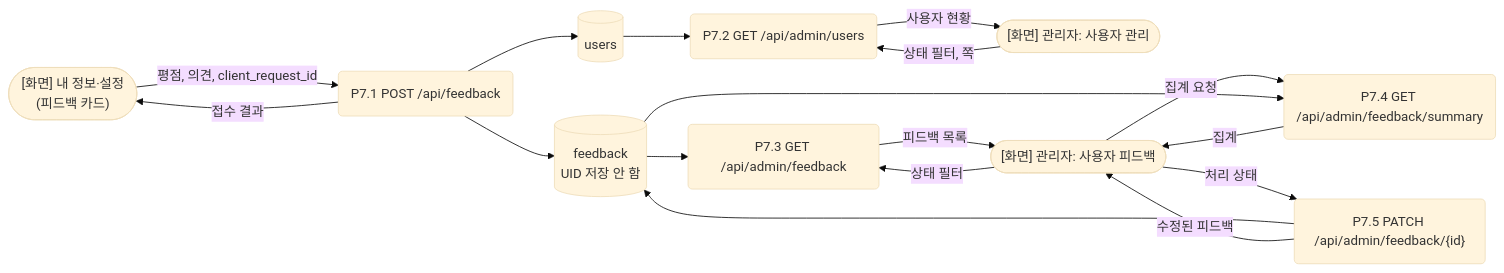
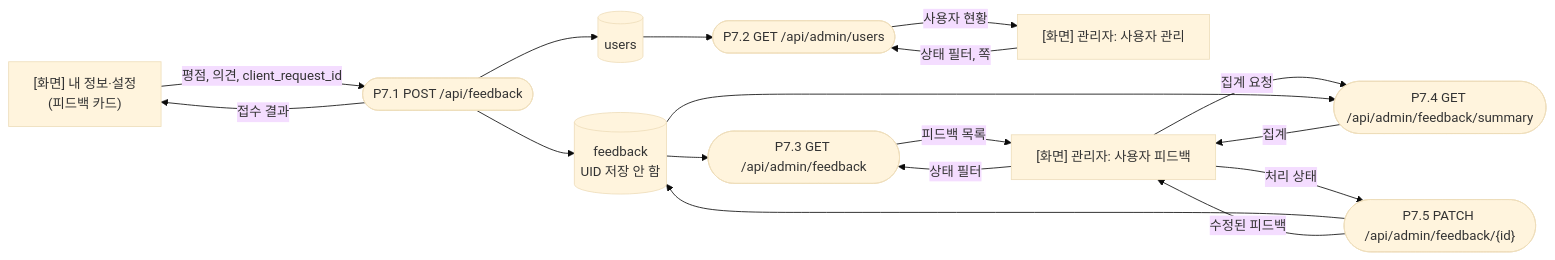
Before and after one commit to yong05610/ai-n-fprj: the tenth of 12 diagrams in docs/architecture_dfd.md, drawn with Mermaid (base theme). The commit also changed other lines of this file, not shown here.

````diff
--- a/docs/architecture_dfd.md
+++ b/docs/architecture_dfd.md
@@ -401,30 +401,30 @@
 ```mermaid
 flowchart LR
-    S1(["[화면] 내 정보·설정<br/>(피드백 카드)"])
-    S2(["[화면] 관리자: 사용자 관리"])
-    S3(["[화면] 관리자: 사용자 피드백"])
-    P71("P7.1 POST /api/feedback")
-    P72("P7.2 GET /api/admin/users")
-    P73("P7.3 GET /api/admin/feedback")
-    P74("P7.4 GET /api/admin/feedback/summary")
-    P75("P7.5 PATCH /api/admin/feedback/{id}")
+    S1["[화면] 내 정보·설정<br/>(피드백 카드)"]
+    S2["[화면] 관리자: 사용자 관리"]
+    S3["[화면] 관리자: 사용자 피드백"]
+    P71(["P7.1 POST /api/feedback"])
+    P72(["P7.2 GET /api/admin/users"])
+    P73(["P7.3 GET /api/admin/feedback"])
+    P74(["P7.4 GET /api/admin/feedback/summary"])
+    P75(["P7.5 PATCH /api/admin/feedback/{id}"])
     DF[("feedback<br/>UID 저장 안 함")]
     DU[("users")]
 
     S1 -->|"평점, 의견, client_request_id"| P71
     P71 --> DF
     P71 --> DU
     P71 -->|"접수 결과"| S1
     S2 -->|"상태 필터, 쪽"| P72
     DU --> P72
     P72 -->|"사용자 현황"| S2
     S3 -->|"상태 필터"| P73
     DF --> P73
     P73 -->|"피드백 목록"| S3
     S3 -->|"집계 요청"| P74
     DF --> P74
     P74 -->|"집계"| S3
     S3 -->|"처리 상태"| P75
     P75 --> DF
     P75 -->|"수정된 피드백"| S3
 ```
````
